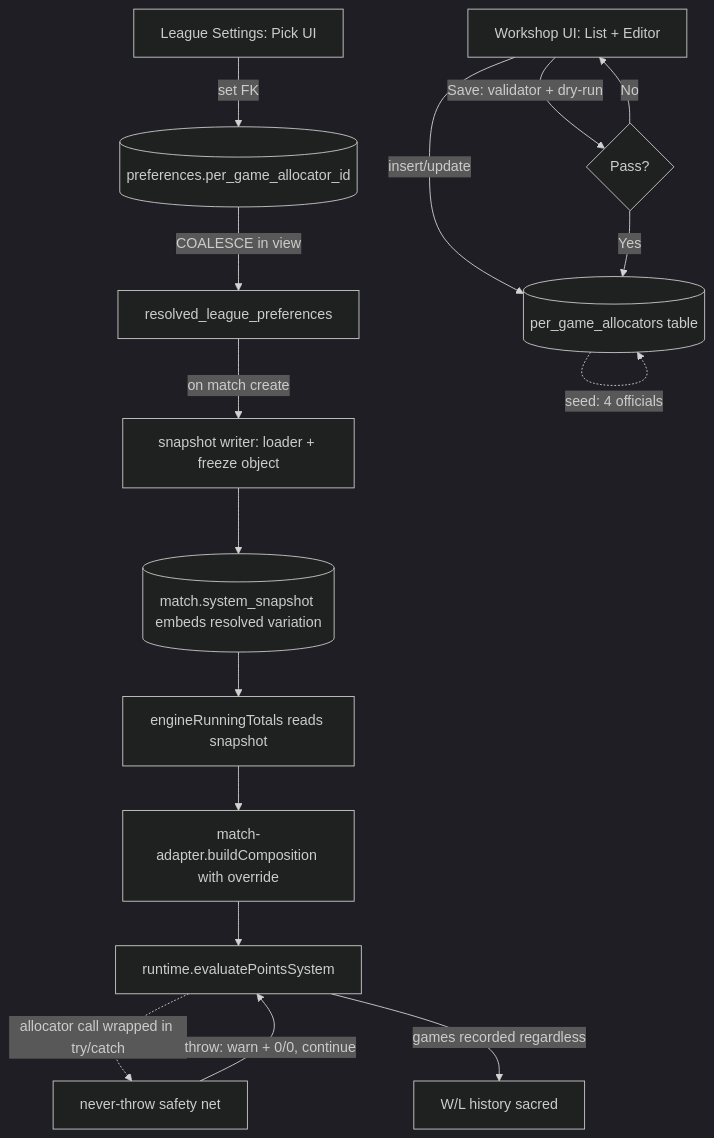
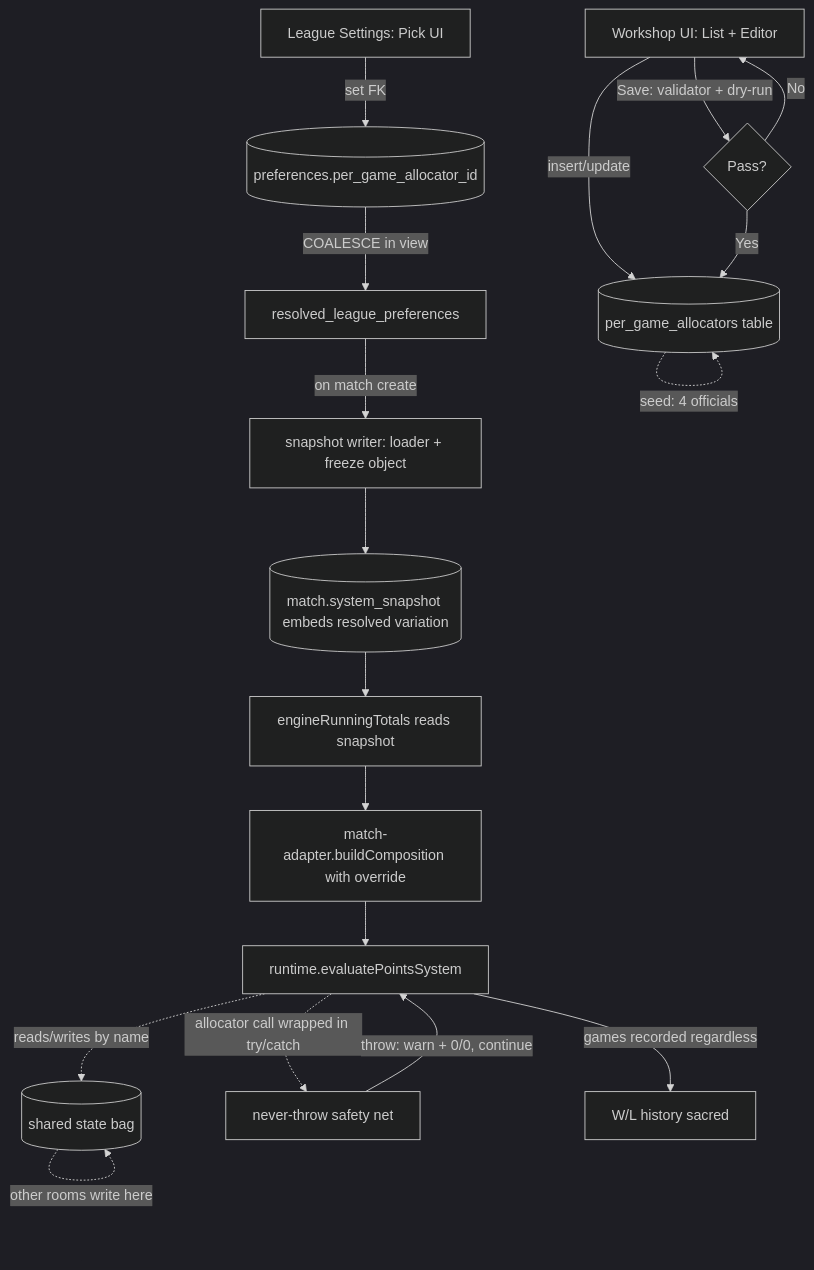
Before and after one commit to jacked-apps/rackem-leagues: the diagram in docs/plans/2026-06-04-002-feat-per-game-allocator-room-plan.md, drawn with Mermaid (dark theme). The commit also changed other lines of this file, not shown here.

````diff
--- a/docs/plans/2026-06-04-002-feat-per-game-allocator-room-plan.md
+++ b/docs/plans/2026-06-04-002-feat-per-game-allocator-room-plan.md
@@ -126,18 +136,20 @@
 ```mermaid
 flowchart TD
     A[Workshop UI: List + Editor] -->|insert/update| B[(per_game_allocators table)]
     A -->|Save: validator + dry-run| C{Pass?}
     C -->|No| A
     C -->|Yes| B
     B -.->|seed: 4 officials| B
     D[League Settings: Pick UI] -->|set FK| E[(preferences.per_game_allocator_id)]
     E -->|COALESCE in view| F[resolved_league_preferences]
     F -->|on match create| G[snapshot writer: loader + freeze object]
     G --> H[(match.system_snapshot embeds resolved variation)]
     H --> I[engineRunningTotals reads snapshot]
     I --> J[match-adapter.buildComposition with override]
     J --> K[runtime.evaluatePointsSystem]
+    K -.->|reads/writes by name| BAG[(shared state bag)]
+    BAG -.->|other rooms write here| BAG
     K -.->|allocator call wrapped in try/catch| L[never-throw safety net]
     L -->|throw: warn + 0/0, continue| K
     K -->|games recorded regardless| M[W/L history sacred]
 ```
````
